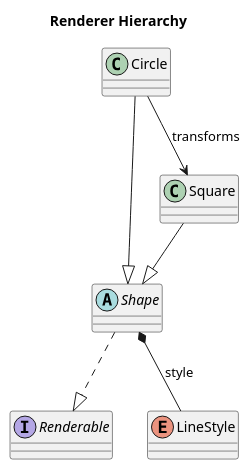
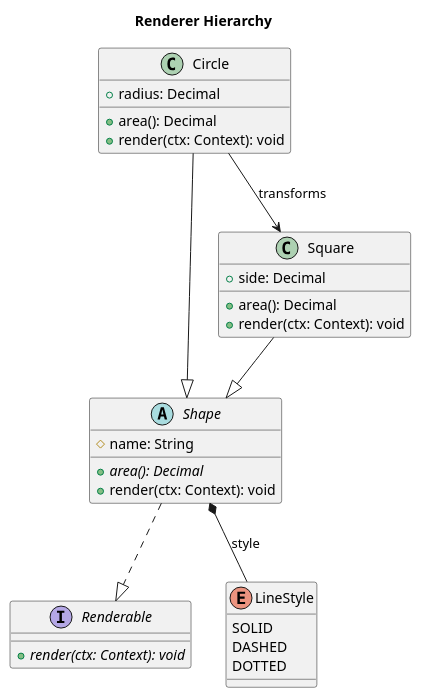
The diagram in packages/core/__fixtures__/class/sample.puml (Salvadore1987/uml-drawerjs), drawn with PlantUML before and after one commit. The commit also changed 30 other files, not shown here.

Commit message:
feat(class): Implementation of c4 class diagrams

```diff
--- a/packages/core/__fixtures__/class/sample.puml
+++ b/packages/core/__fixtures__/class/sample.puml
@@ -1,16 +1,38 @@
 @startuml Class
 title Renderer Hierarchy
 
-interface Renderable
-abstract class Shape
-class Circle
-class Square
-enum LineStyle
+interface Renderable {
+  {abstract} +render(ctx: Context): void
+}
+
+abstract class Shape {
+  #name: String
+  {abstract} +area(): Decimal
+  +render(ctx: Context): void
+}
+
+class Circle {
+  +radius: Decimal
+  +area(): Decimal
+  +render(ctx: Context): void
+}
+
+class Square {
+  +side: Decimal
+  +area(): Decimal
+  +render(ctx: Context): void
+}
+
+enum LineStyle {
+  SOLID
+  DASHED
+  DOTTED
+}
 
 Circle --|> Shape
 Square --|> Shape
 Shape ..|> Renderable
 Shape *-- LineStyle : style
 Circle --> Square : transforms
 
 @enduml
```
